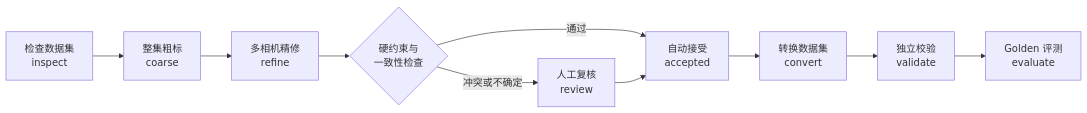
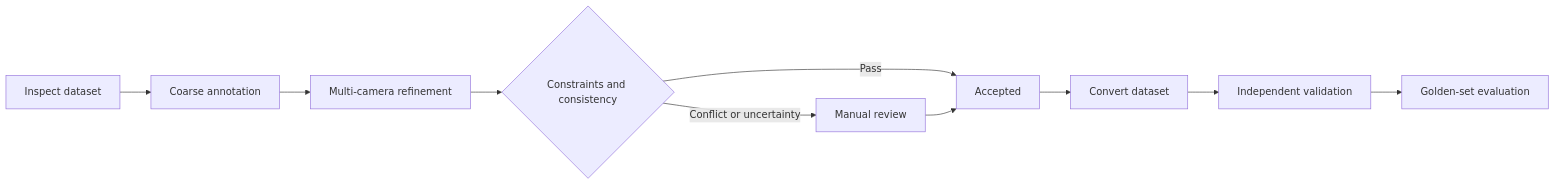
The diagram in README.md (jokeru8/qwen_annotate), drawn with Mermaid before and after one commit. The commit also changed other lines of this file and 2 other files, not shown here.

````diff
--- a/README.md
+++ b/README.md
@@ -41,12 +42,12 @@
 ```mermaid
 flowchart LR
-    A["检查数据集<br/>inspect"] --> B["整集粗标<br/>coarse"]
-    B --> C["多相机精修<br/>refine"]
-    C --> D{"硬约束与<br/>一致性检查"}
-    D -->|通过| E["自动接受<br/>accepted"]
-    D -->|冲突或不确定| F["人工复核<br/>review"]
+    A["Inspect dataset"] --> B["Coarse annotation"]
+    B --> C["Multi-camera refinement"]
+    C --> D{"Constraints and consistency"}
+    D -->|Pass| E["Accepted"]
+    D -->|Conflict or uncertainty| F["Manual review"]
     F --> E
-    E --> G["转换数据集<br/>convert"]
-    G --> H["独立校验<br/>validate"]
-    H --> I["Golden 评测<br/>evaluate"]
+    E --> G["Convert dataset"]
+    G --> H["Independent validation"]
+    H --> I["Golden-set evaluation"]
 ```
````
